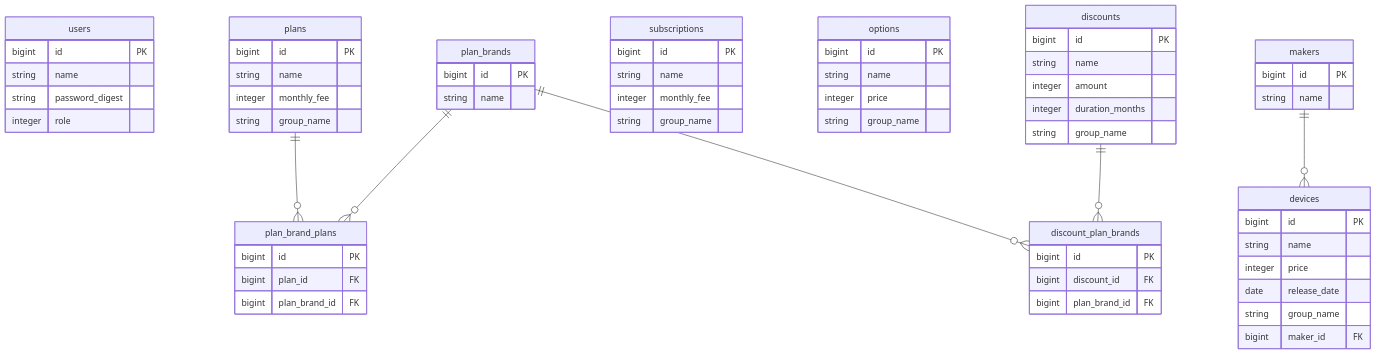
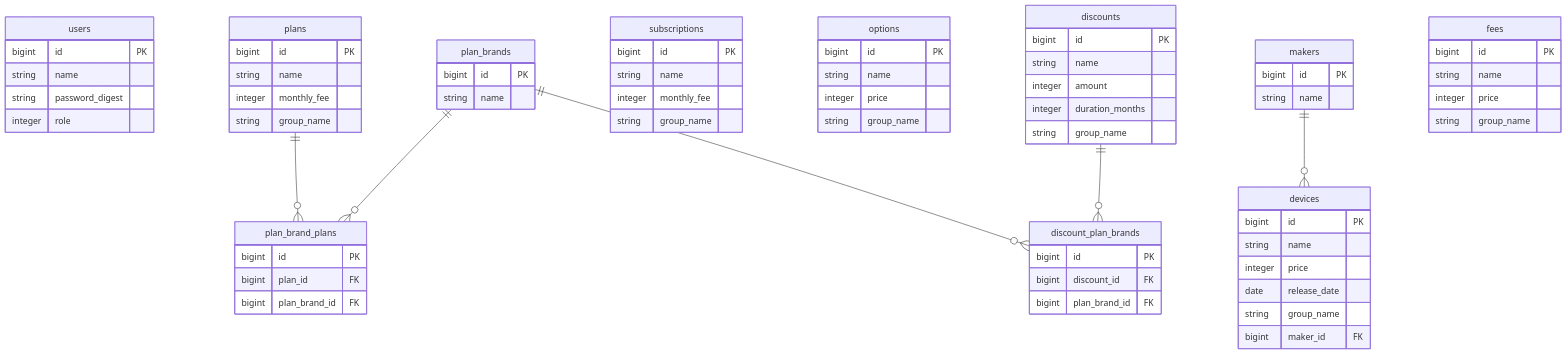
The diagram in README.md (kazkaz9717/plan_simulator), drawn with Mermaid before and after one commit.

Commit message:
READMEのER図にfeesテーブルを追加

````diff
--- a/README.md
+++ b/README.md
@@ -71,66 +71,72 @@
 ```mermaid
 erDiagram
     users {
         bigint id PK
         string name
         string password_digest
         integer role
     }
     plan_brands {
         bigint id PK
         string name
     }
     plans {
         bigint id PK
         string name
         integer monthly_fee
         string group_name
     }
     plan_brand_plans {
         bigint id PK
         bigint plan_id FK
         bigint plan_brand_id FK
     }
     subscriptions {
         bigint id PK
         string name
         integer monthly_fee
         string group_name
     }
     options {
         bigint id PK
         string name
         integer price
         string group_name
     }
     makers {
         bigint id PK
         string name
     }
     devices {
         bigint id PK
         string name
         integer price
         date release_date
         string group_name
         bigint maker_id FK
     }
     discounts {
         bigint id PK
         string name
         integer amount
         integer duration_months
         string group_name
     }
     discount_plan_brands {
         bigint id PK
         bigint discount_id FK
         bigint plan_brand_id FK
     }
+    fees {
+        bigint id PK
+        string name
+        integer price
+        string group_name
+    }
 
     plans ||--o{ plan_brand_plans : ""
     plan_brands ||--o{ plan_brand_plans : ""
     discounts ||--o{ discount_plan_brands : ""
     plan_brands ||--o{ discount_plan_brands : ""
     makers ||--o{ devices : ""
 ```
````
